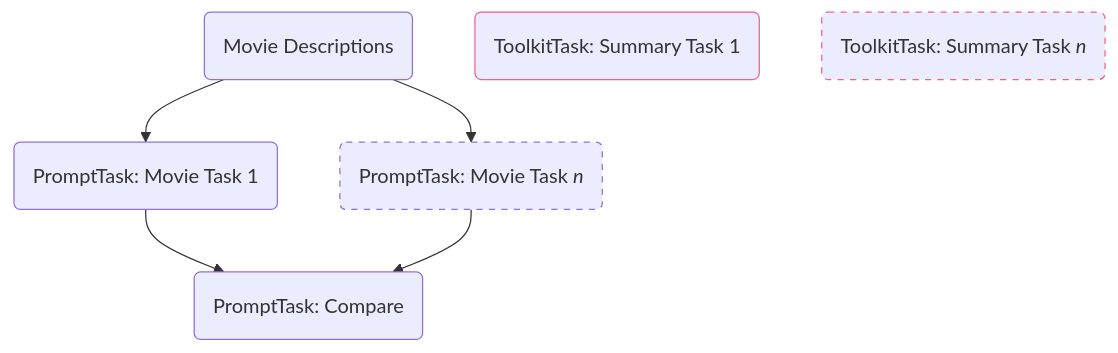
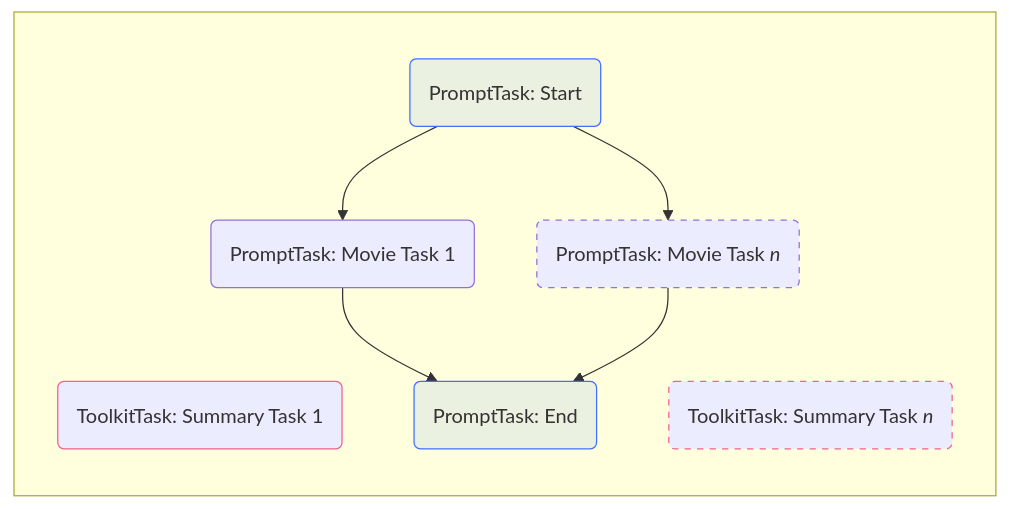
Before and after one commit to griptape-ai/griptape-trade-school: the third of 4 diagrams in docs/courses/compare-movies-workflow/05_using_tools.md, drawn with Mermaid. The commit also changed other lines of this file and 6 other files, not shown here.

````diff
--- a/docs/courses/compare-movies-workflow/05_using_tools.md
+++ b/docs/courses/compare-movies-workflow/05_using_tools.md
@@ -174,11 +179,19 @@
 ``` mermaid
-graph TB
-    A(Movie Descriptions) --> B("PromptTask: Movie Task 1") --> I("PromptTask: Compare")
-    C("ToolkitTask: Summary Task 1"):::tool
-    H("ToolkitTask: Summary Task <i>n</i>"):::tool-dash
-    A --> G("PromptTask: Movie Task <i>n</i>" ):::dash  --> I
+graph TB 
+    subgraph " "
+        direction TB
+        C("ToolkitTask: Summary Task 1"):::tool
+        H("ToolkitTask: Summary Task <i>n</i>" ):::tool-dash
+        A("PromptTask: Start"):::main 
+        B("PromptTask: Movie Task 1")
+        G("PromptTask: Movie Task <i>n</i>" ):::dash
+        I("PromptTask: End"):::main
+        A --> B --> I
+        A --> G --> I
+    end
+    
+    classDef main fill:#4274ff1a, stroke:#426eff
     classDef dash stroke-dasharray: 5 5
     classDef tool stroke:#f06090
     classDef tool-dash stroke:#f06090,stroke-dasharray: 5 5
-
 ```
````
